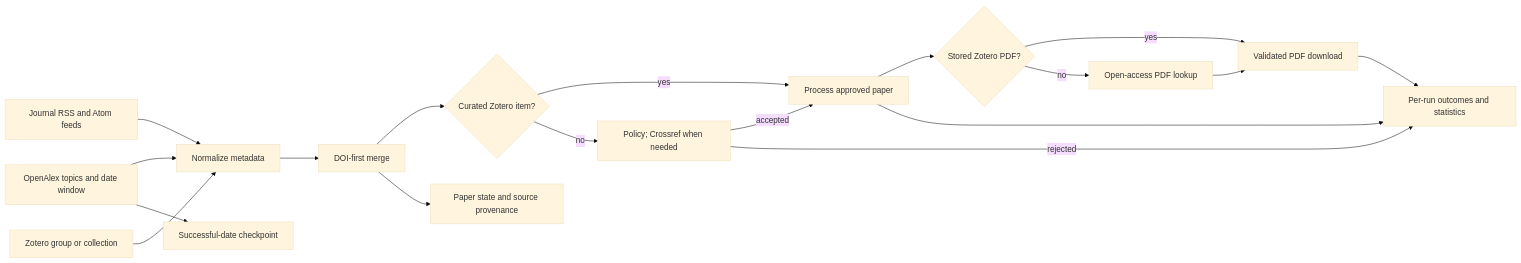
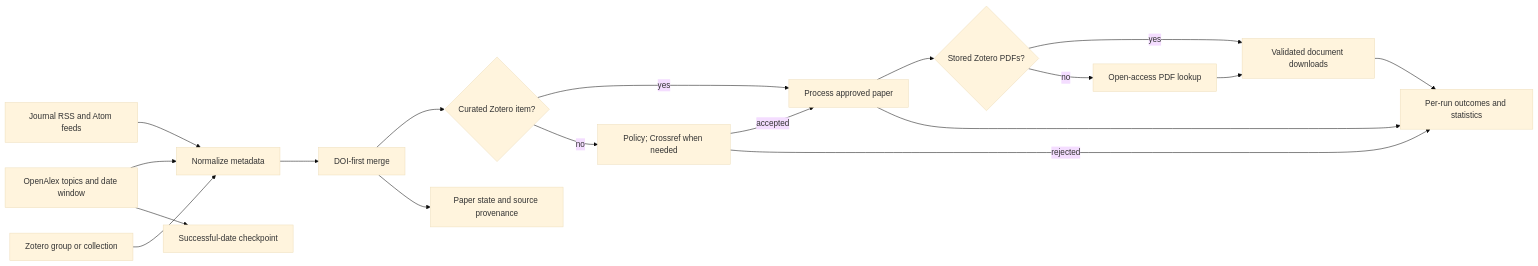
One commit to lamalab-org/perla-extract changed the diagram in docs/workflows/papersbot.md. Above: the diagram before and after it, drawn with Mermaid (base theme). The commit also changed other lines of this file and 7 other files, not shown here.

````diff
--- a/docs/workflows/papersbot.md
+++ b/docs/workflows/papersbot.md
@@ -10,20 +10,20 @@
 ```mermaid
 flowchart LR
     A["Journal RSS and Atom feeds"] --> C["Normalize metadata"]
     B["OpenAlex topics and date window"] --> C
     Z["Zotero group or collection"] --> C
     C --> D["DOI-first merge"]
     D --> E{"Curated Zotero item?"}
     E -->|"yes"| P["Process approved paper"]
     E -->|"no"| F["Policy; Crossref when needed"]
     F -->|"accepted"| P
     F -->|"rejected"| K["Per-run outcomes and statistics"]
-    P --> ZA{"Stored Zotero PDF?"}
-    ZA -->|"yes"| H["Validated PDF download"]
+    P --> ZA{"Stored Zotero PDFs?"}
+    ZA -->|"yes"| H["Validated document downloads"]
     ZA -->|"no"| O["Open-access PDF lookup"]
     O --> H
     D --> I["Paper state and source provenance"]
     B --> J["Successful-date checkpoint"]
     P --> K
     H --> K
 ```
````
